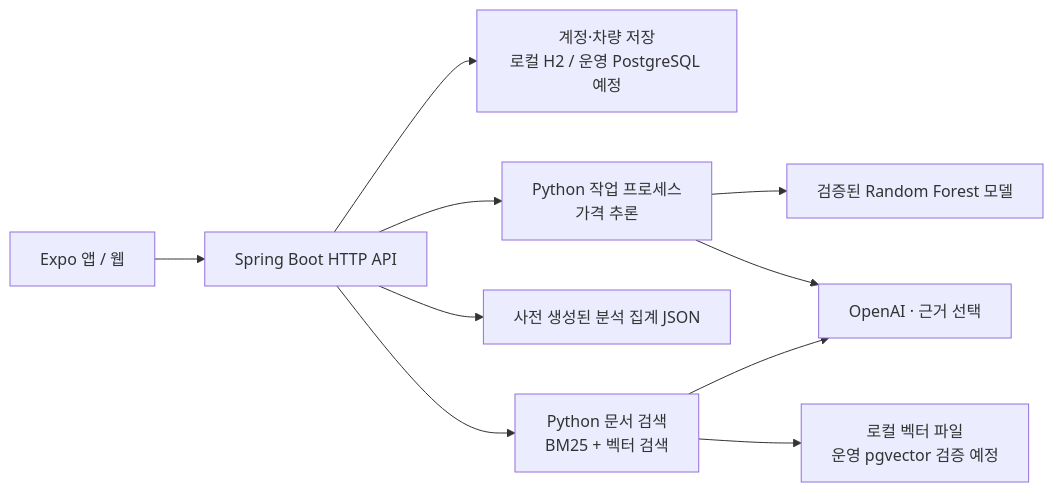
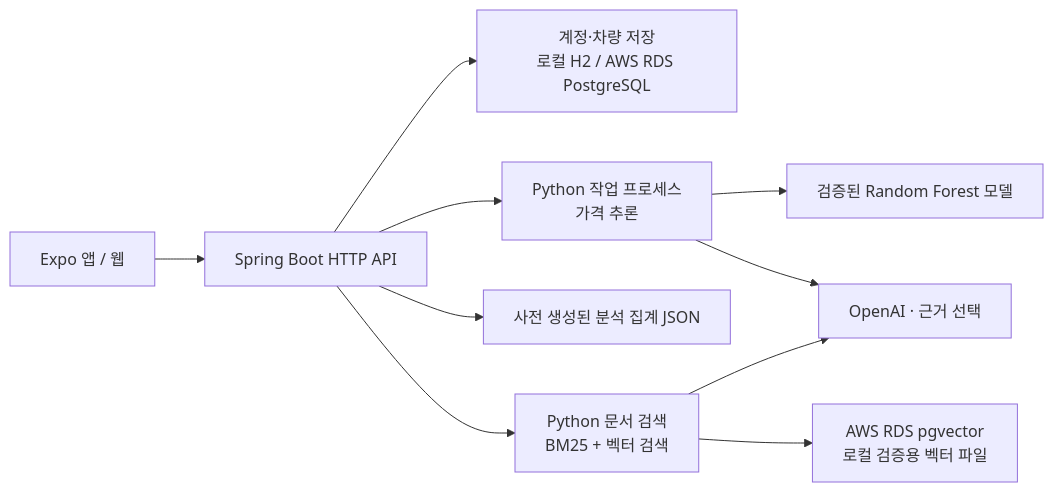
One commit to cloud-project-mobility/make_drive_mate changed the first of 2 diagrams in README.md. Above: the diagram before and after it, drawn with Mermaid. The commit also changed other lines of this file and 34 other files, not shown here.

````diff
--- a/README.md
+++ b/README.md
@@ -50,12 +51,12 @@
 ```mermaid
 flowchart LR
     UI["Expo 앱 / 웹"] --> API["Spring Boot HTTP API"]
-    API --> DB["계정·차량 저장<br/>로컬 H2 / 운영 PostgreSQL 예정"]
+    API --> DB["계정·차량 저장<br/>로컬 H2 / AWS RDS PostgreSQL"]
     API --> ML["Python 작업 프로세스<br/>가격 추론"]
     API --> REPORT["사전 생성된 분석 집계 JSON"]
     API --> RAG["Python 문서 검색<br/>BM25 + 벡터 검색"]
     ML --> MODEL["검증된 Random Forest 모델"]
-    RAG --> INDEX["로컬 벡터 파일<br/>운영 pgvector 검증 예정"]
+    RAG --> INDEX["AWS RDS pgvector<br/>로컬 검증용 벡터 파일"]
     ML --> LLM["OpenAI · 근거 선택"]
     RAG --> LLM
 ```
````
